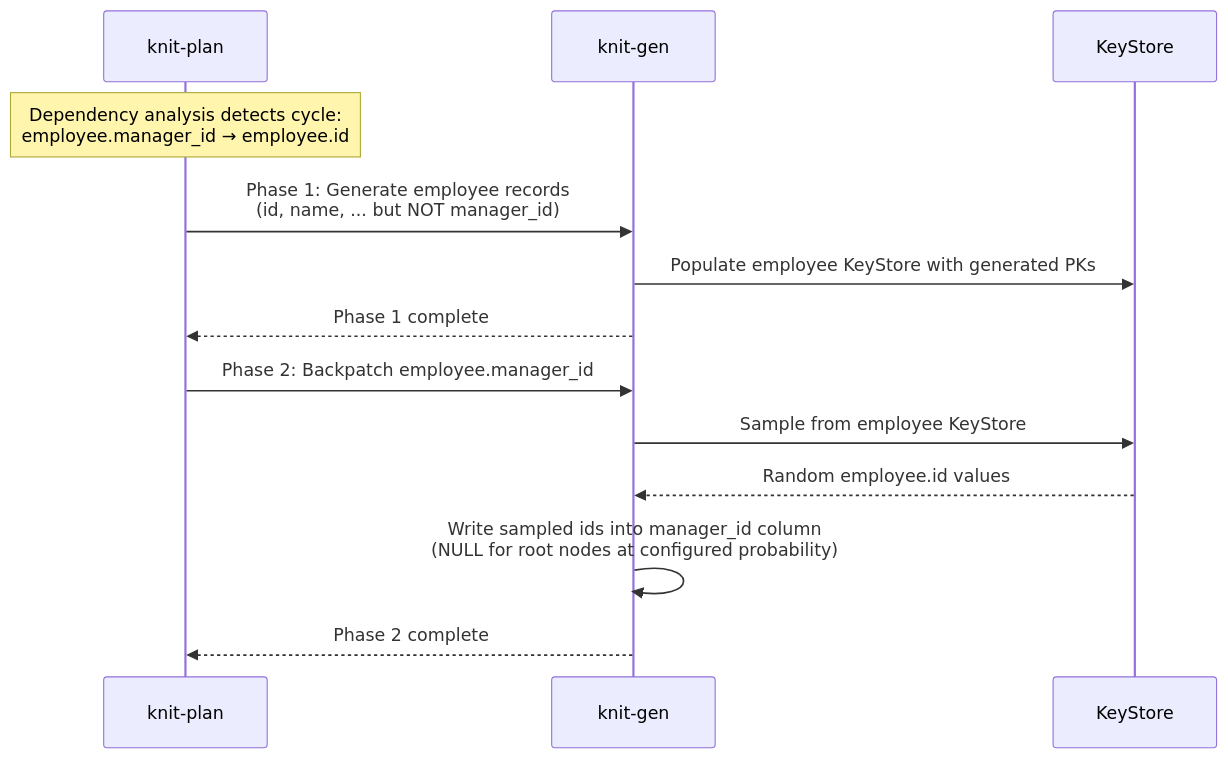
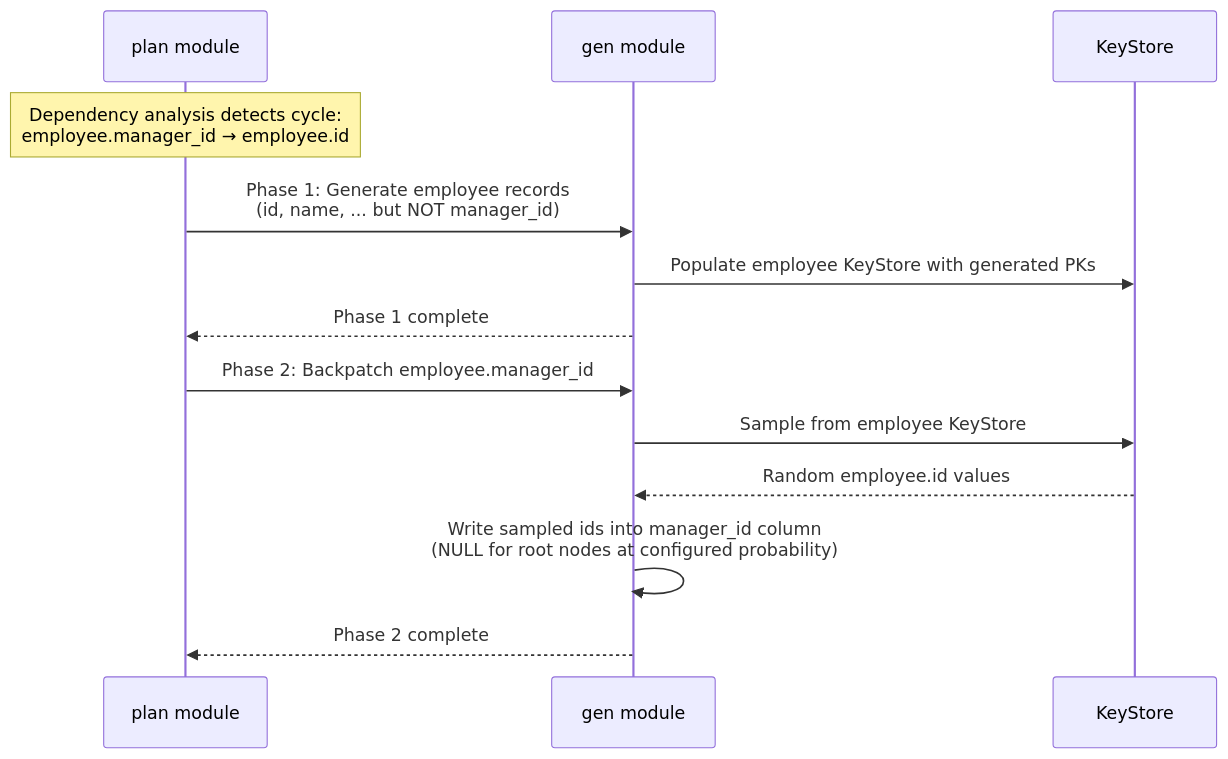
One commit to Yaming-Hub/knit changed the sixth of 10 diagrams in docs/design-plan.md. Above: the diagram before and after it, drawn with Mermaid. The commit also changed other lines of this file and 10 other files, not shown here.

````diff
--- a/docs/design-plan.md
+++ b/docs/design-plan.md
@@ -470,18 +470,18 @@
 ```mermaid
 sequenceDiagram
-    participant Planner as knit-plan
-    participant Engine as knit-gen
+    participant Planner as plan module
+    participant Engine as gen module
     participant KS as KeyStore
 
     Note over Planner: Dependency analysis detects cycle:<br/>employee.manager_id → employee.id
 
     Planner->>Engine: Phase 1: Generate employee records<br/>(id, name, ... but NOT manager_id)
     Engine->>KS: Populate employee KeyStore with generated PKs
     Engine-->>Planner: Phase 1 complete
 
     Planner->>Engine: Phase 2: Backpatch employee.manager_id
     Engine->>KS: Sample from employee KeyStore
     KS-->>Engine: Random employee.id values
     Engine->>Engine: Write sampled ids into manager_id column<br/>(NULL for root nodes at configured probability)
     Engine-->>Planner: Phase 2 complete
 ```
````
